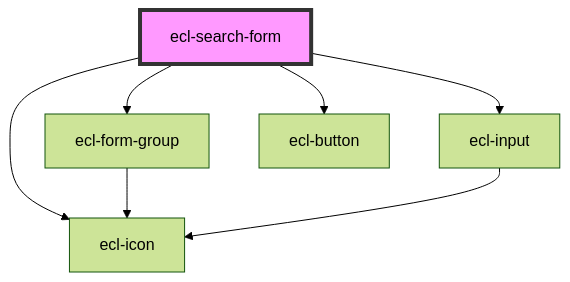
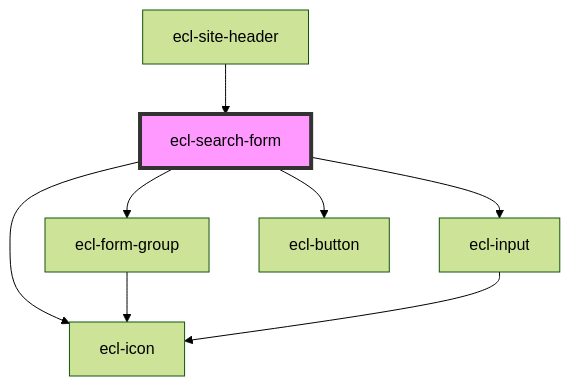
The diagram in src/components/ecl-search-form/readme.md (ec-europa/ecl-webcomponents), drawn with Mermaid (forest theme) before and after one commit. The commit also changed other lines of this file and 26 other files, not shown here.

Commit message:
chore(webcomponents): Adding site-header (only core, with mobile issues

````diff
--- a/src/components/ecl-search-form/readme.md
+++ b/src/components/ecl-search-form/readme.md
@@ -40,10 +44,11 @@
 ```mermaid
 graph TD;
   ecl-search-form --> ecl-form-group
   ecl-search-form --> ecl-input
   ecl-search-form --> ecl-button
   ecl-search-form --> ecl-icon
   ecl-form-group --> ecl-icon
   ecl-input --> ecl-icon
+  ecl-site-header --> ecl-search-form
   style ecl-search-form fill:#f9f,stroke:#333,stroke-width:4px
 ```
````
